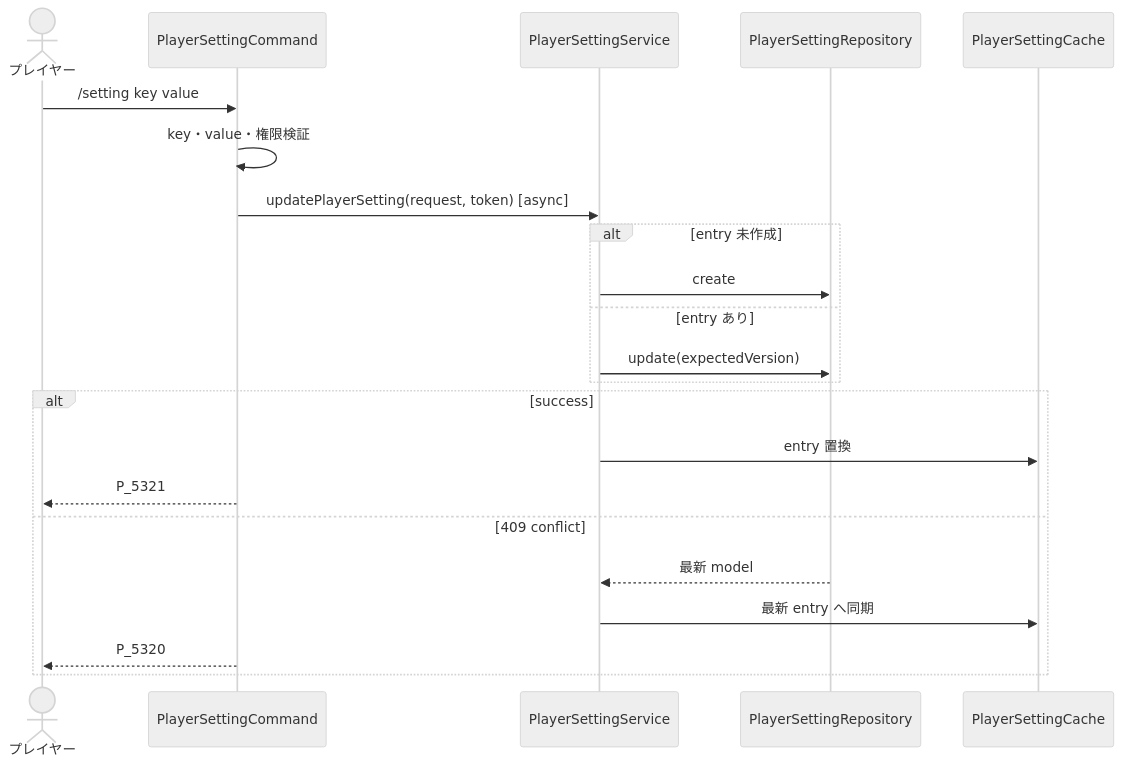
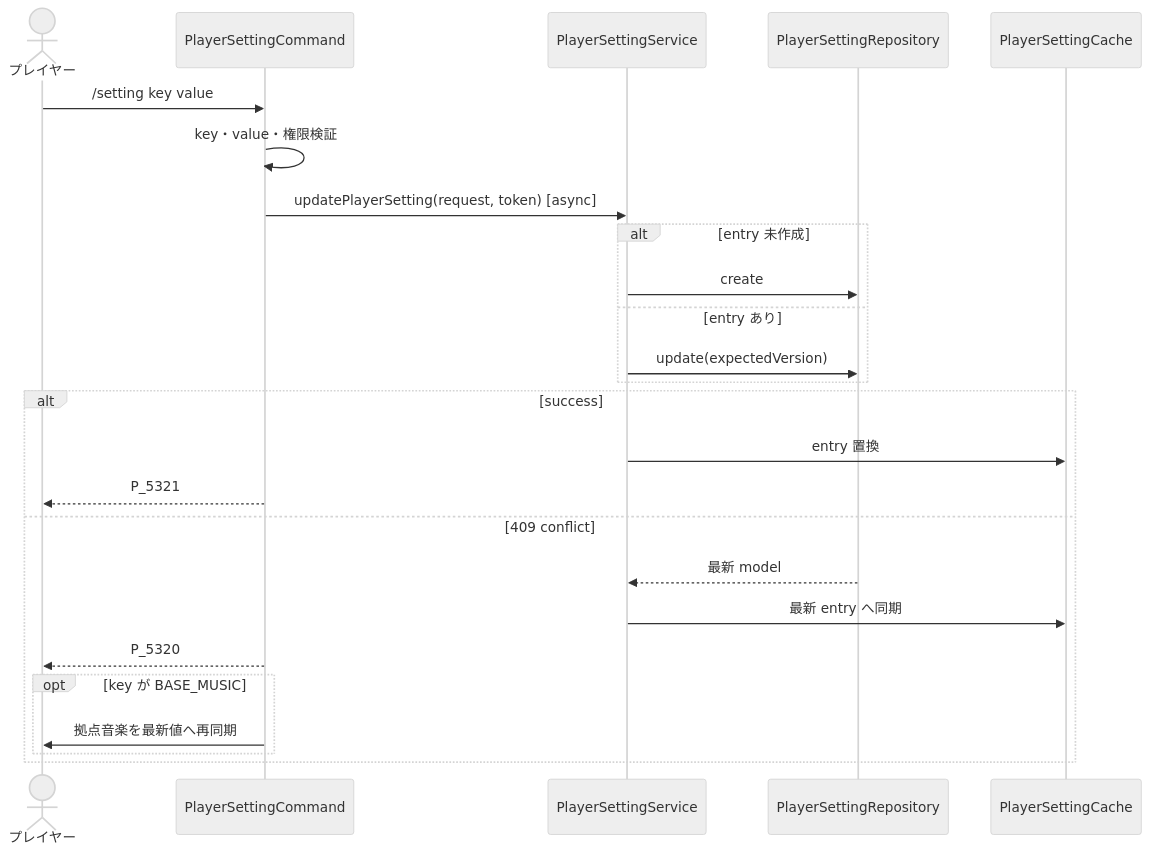
The second of 3 diagrams in 00_docs/10_Plugin設計書/feature/11-player-setting/11_4-統合フロー.md (maaasu/AstralRecord-Workspace), drawn with Mermaid (neutral theme) before and after one commit. The commit also changed other lines of this file and 22 other files, not shown here.

````diff
--- a/00_docs/10_Plugin設計書/feature/11-player-setting/11_4-統合フロー.md
+++ b/00_docs/10_Plugin設計書/feature/11-player-setting/11_4-統合フロー.md
@@ -44,25 +44,28 @@
 ```mermaid
 sequenceDiagram
     actor Player as プレイヤー
     participant Command as PlayerSettingCommand
     participant Service as PlayerSettingService
     participant Repo as PlayerSettingRepository
     participant Cache as PlayerSettingCache
 
     Player->>Command: /setting key value
     Command->>Command: key・value・権限検証
     Command->>Service: updatePlayerSetting(request, token) [async]
     alt entry 未作成
         Service->>Repo: create
     else entry あり
         Service->>Repo: update(expectedVersion)
     end
     alt success
         Service->>Cache: entry 置換
         Command-->>Player: P_5321
     else 409 conflict
         Repo-->>Service: 最新 model
         Service->>Cache: 最新 entry へ同期
         Command-->>Player: P_5320
+        opt key が BASE_MUSIC
+            Command->>Player: 拠点音楽を最新値へ再同期
+        end
     end
 ```
````
